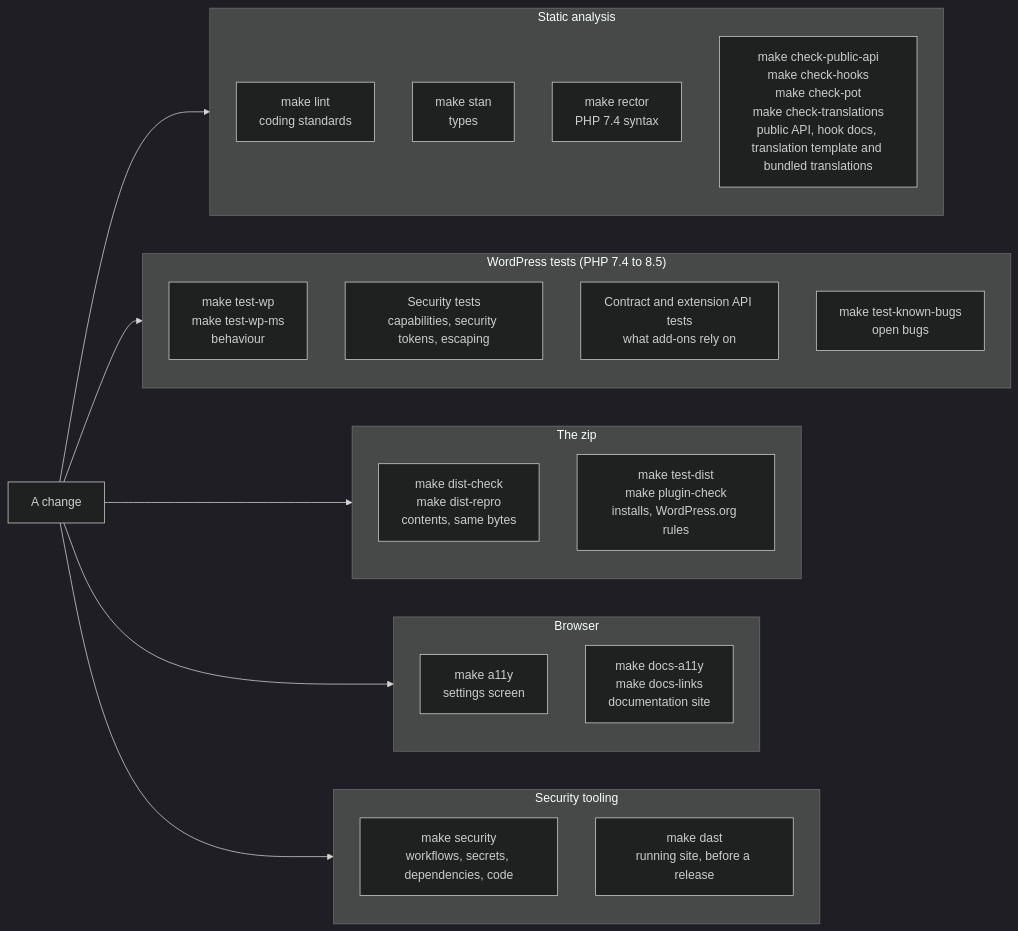
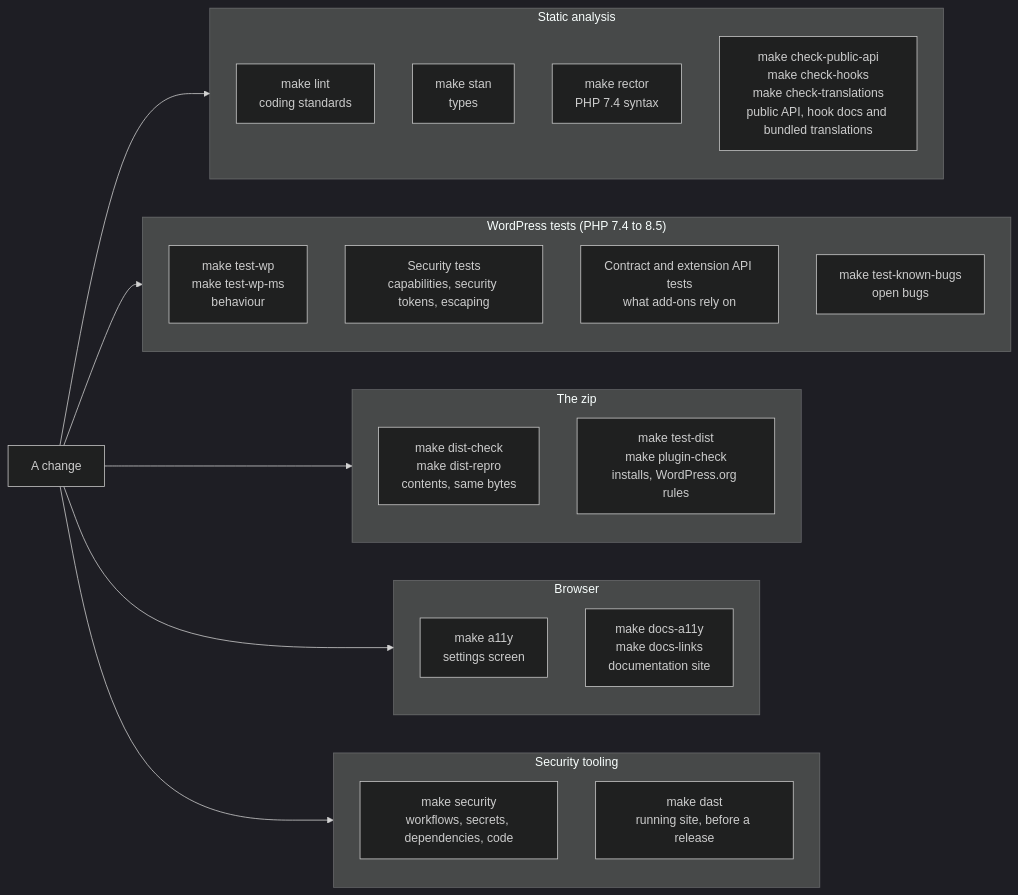
One commit to l3rady/wp-updates-notifier changed the diagram in docs/developers/testing.md. Above: the diagram before and after it, drawn with Mermaid (dark theme). The commit also changed other lines of this file and 37 other files, not shown here.

````diff
--- a/docs/developers/testing.md
+++ b/docs/developers/testing.md
@@ -5,33 +5,33 @@
 ```mermaid
 flowchart LR
     change["A change"] --> static
     change --> wp
     change --> pkg
     change --> browser
     change --> sec
 
     subgraph static["Static analysis"]
         lint["make lint<br>coding standards"]
         stan["make stan<br>types"]
         rector["make rector<br>PHP 7.4 syntax"]
-        api["make check-public-api<br>make check-hooks<br>make check-pot<br>make check-translations<br>public API, hook docs, translation template and bundled translations"]
+        api["make check-public-api<br>make check-hooks<br>make check-translations<br>public API, hook docs and bundled translations"]
     end
     subgraph wp["WordPress tests (PHP 7.4 to 8.5)"]
         suite["make test-wp<br>make test-wp-ms<br>behaviour"]
         secTests["Security tests<br>capabilities, security tokens, escaping"]
         contract["Contract and extension API tests<br>what add-ons rely on"]
         bugs["make test-known-bugs<br>open bugs"]
     end
     subgraph pkg["The zip"]
         dist["make dist-check<br>make dist-repro<br>contents, same bytes"]
         install["make test-dist<br>make plugin-check<br>installs, WordPress.org rules"]
     end
     subgraph browser["Browser"]
         a11y["make a11y<br>settings screen"]
         docsa11y["make docs-a11y<br>make docs-links<br>documentation site"]
     end
     subgraph sec["Security tooling"]
         scan["make security<br>workflows, secrets, dependencies, code"]
         dast["make dast<br>running site, before a release"]
     end
 ```
````
